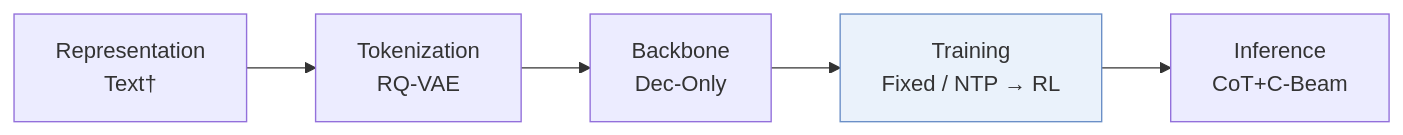
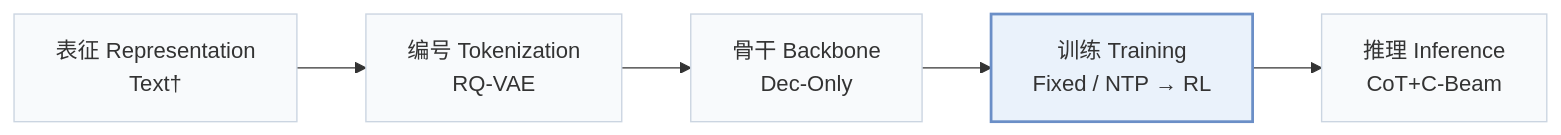
Before and after one commit to Galaxy-ghost/Awesome-SID-Generative-Rec: the first of 2 diagrams in pages/zh/papers/retrieval-grounded-credit.md, drawn with Mermaid. The commit also changed other lines of this file and 649 other files, not shown here.

Commit message:
writer-05: also tags and modality index (schema, check, build, visuals); summary field removed; calibration data for 12 papers

````diff
--- a/pages/zh/papers/retrieval-grounded-credit.md
+++ b/pages/zh/papers/retrieval-grounded-credit.md
@@ -13,6 +15,8 @@
 ```mermaid
 flowchart LR
-    R["Representation<br/>Text†"] --> T["Tokenization<br/>RQ-VAE"] --> B["Backbone<br/>Dec-Only"] --> TR["Training<br/>Fixed / NTP → RL"] --> I["Inference<br/>CoT+C-Beam"]
-    classDef main fill:#eaf2fb,stroke:#6b8fc7
+    R["表征 Representation<br/>Text†"] --> T["编号 Tokenization<br/>RQ-VAE"] --> B["骨干 Backbone<br/>Dec-Only"] --> TR["训练 Training<br/>Fixed / NTP → RL"] --> I["推理 Inference<br/>CoT+C-Beam"]
+    classDef base fill:#f8fafc,stroke:#cbd5e1
+    class R,T,B,TR,I base
+    classDef main fill:#eaf2fb,stroke:#6b8fc7,stroke-width:2px
     class TR main
 ```
````
